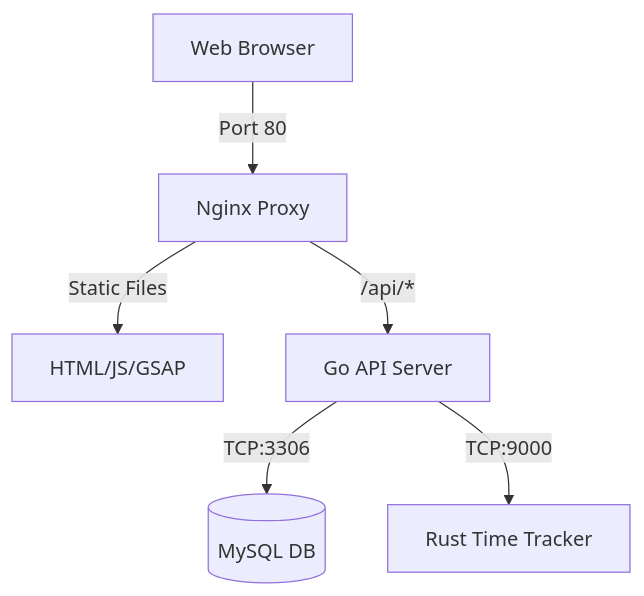
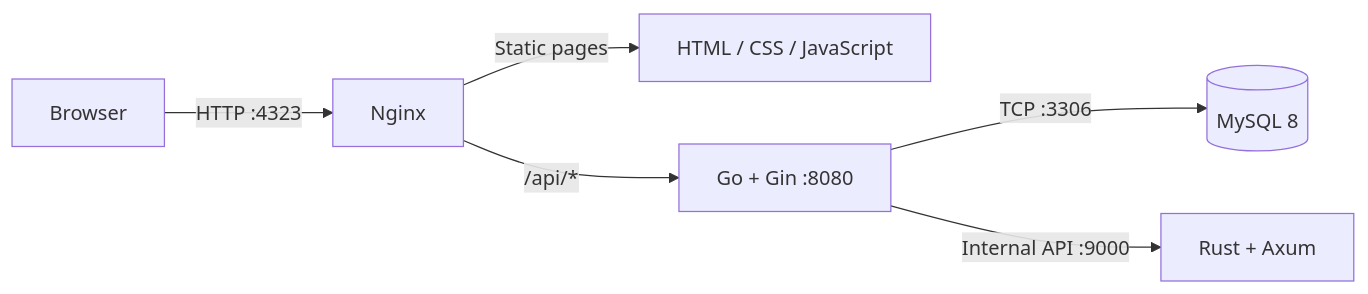
Before and after one commit to teamitmivhs/work-order: the diagram in README.md, drawn with Mermaid. The commit also changed other lines of this file, not shown here.

````diff
--- a/README.md
+++ b/README.md
@@ -55,8 +38,8 @@
 ```mermaid
-graph TD
-    Client[Web Browser] -->|Port 80| Nginx[Nginx Proxy]
-    Nginx -->|Static Files| Frontend[HTML/JS/GSAP]
-    Nginx -->|/api/*| GoBackend[Go API Server]
-    GoBackend -->|TCP:3306| MySQL[(MySQL DB)]
-    GoBackend -->|TCP:9000| RustEngine[Rust Time Tracker]
+flowchart LR
+    Browser -->|HTTP :4323| Nginx
+    Nginx -->|Static pages| Frontend[HTML / CSS / JavaScript]
+    Nginx -->|/api/*| Backend[Go + Gin :8080]
+    Backend -->|TCP :3306| MySQL[(MySQL 8)]
+    Backend -->|Internal API :9000| Timer[Rust + Axum]
 ```
````
